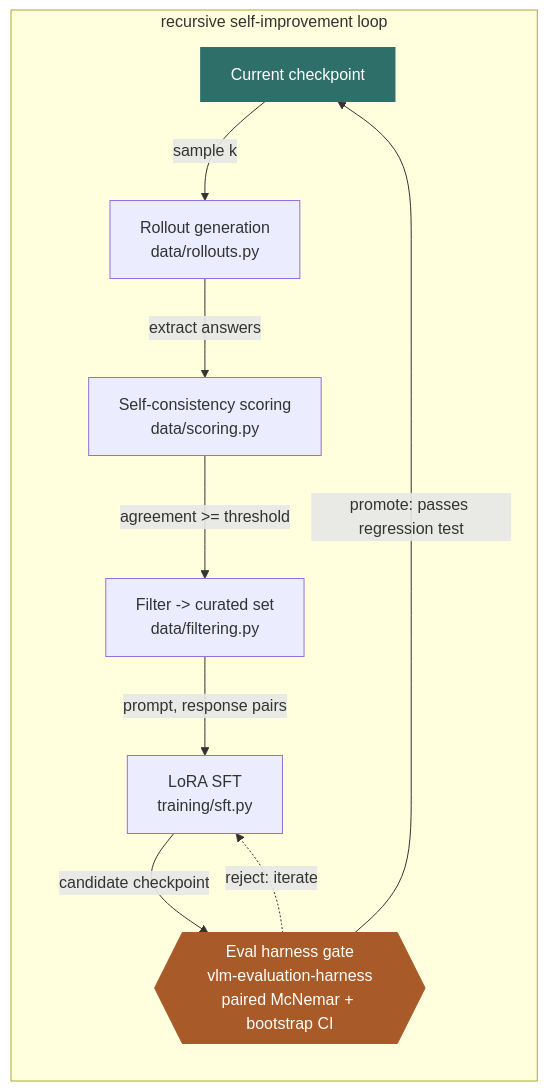
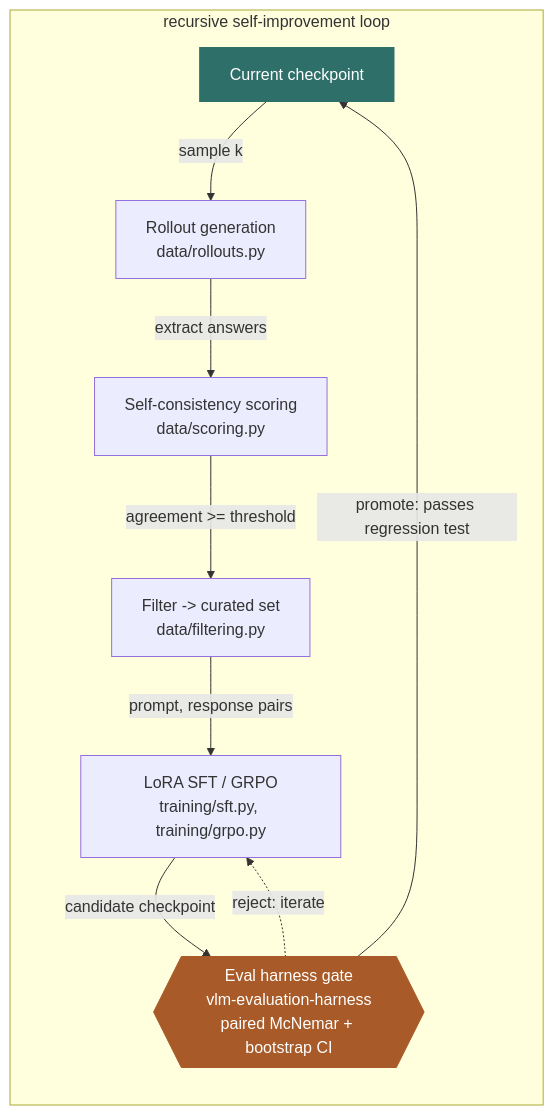
The diagram in README.md (OnePunchMonk/selfsight), drawn with Mermaid before and after one commit. The commit also changed other lines of this file and 10 other files, not shown here.

````diff
--- a/README.md
+++ b/README.md
@@ -21,16 +21,16 @@
 ```mermaid
 flowchart LR
     subgraph RSI["recursive self-improvement loop"]
         CKPT["Current checkpoint"] -->|sample k| ROLL["Rollout generation<br/>data/rollouts.py"]
         ROLL -->|extract answers| SCORE["Self-consistency scoring<br/>data/scoring.py"]
         SCORE -->|agreement >= threshold| FILTER["Filter -> curated set<br/>data/filtering.py"]
-        FILTER -->|prompt, response pairs| SFT["LoRA SFT<br/>training/sft.py"]
+        FILTER -->|prompt, response pairs| SFT["LoRA SFT / GRPO<br/>training/sft.py, training/grpo.py"]
         SFT -->|candidate checkpoint| GATE
         GATE{{"Eval harness gate<br/>vlm-evaluation-harness<br/>paired McNemar + bootstrap CI"}}
         GATE -->|promote: passes regression test| CKPT
         GATE -.->|reject: iterate| SFT
     end
 
     style GATE fill:#a85a28,color:#fff,stroke:#a85a28
     style CKPT fill:#2f6f6a,color:#fff,stroke:#2f6f6a
 ```
````
